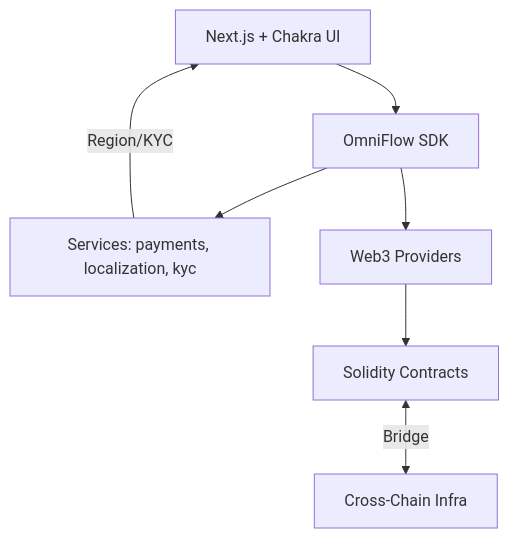
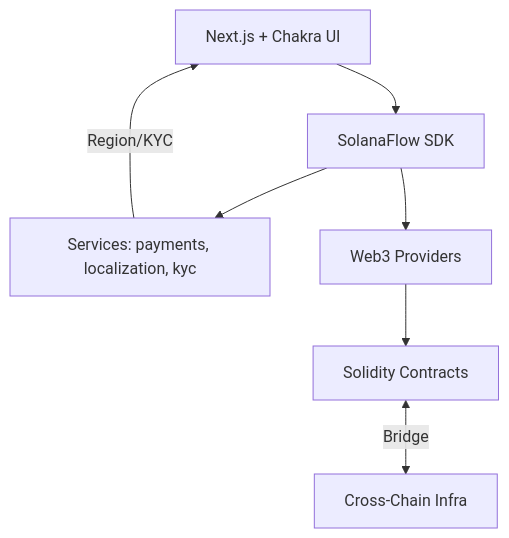
Before and after one commit to LSUDOKO/OmniFlow: the fifth of 5 diagrams in README.md, drawn with Mermaid. The commit also changed other lines of this file and 103 other files, not shown here.

````diff
--- a/README.md
+++ b/README.md
@@ -436,9 +483,9 @@
 ```mermaid
 graph TD
-    UI[Next.js + Chakra UI] --> SDK[OmniFlow SDK]
+    UI[Next.js + Chakra UI] --> SDK[SolanaFlow SDK]
     SDK --> API[Services: payments, localization, kyc]
     SDK --> Chain[Web3 Providers]
     API -->|Region/KYC| UI
     Chain --> Contracts[Solidity Contracts]
     Contracts <-->|Bridge| CrossChain[Cross-Chain Infra]
 ```
````
